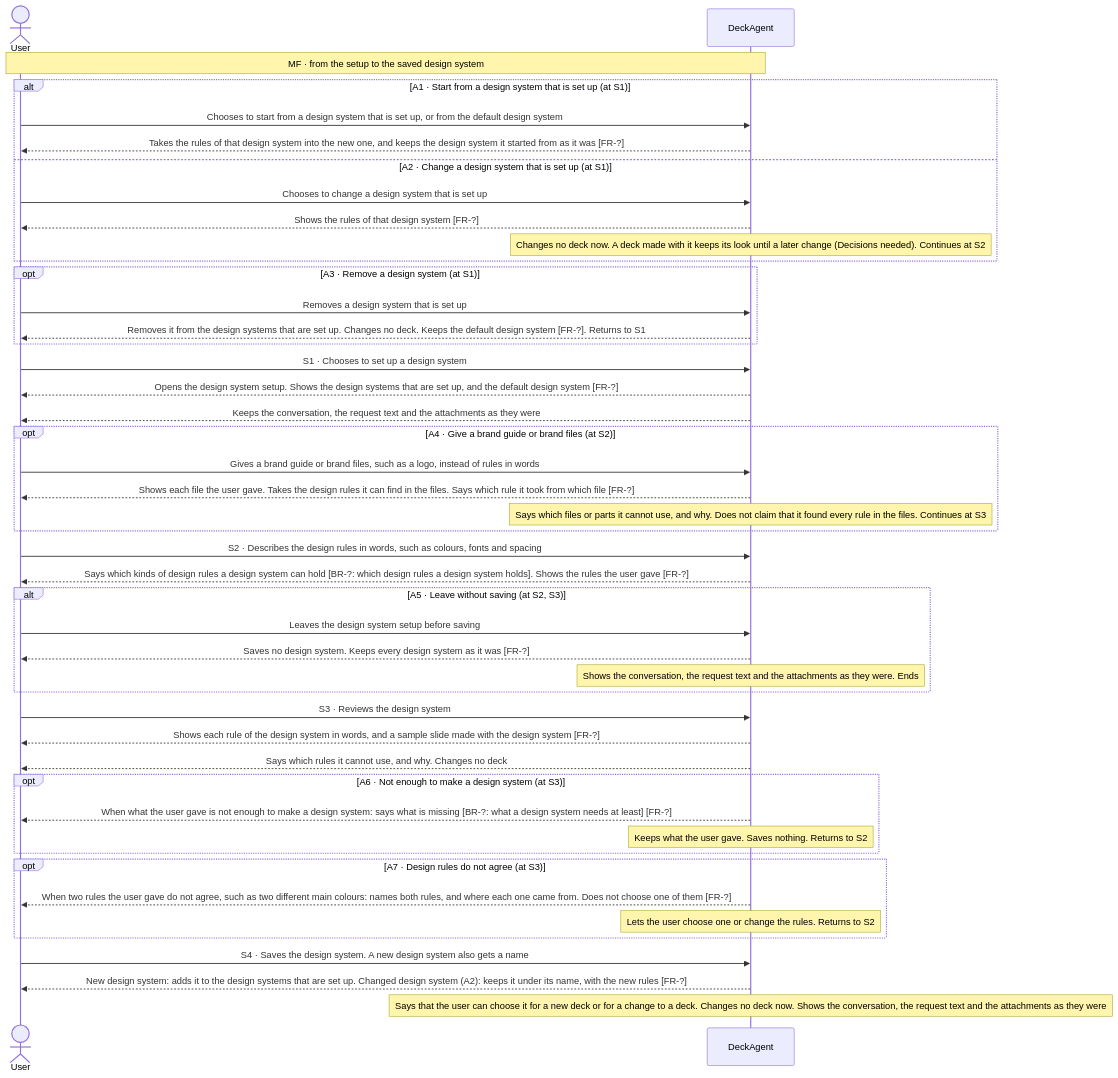
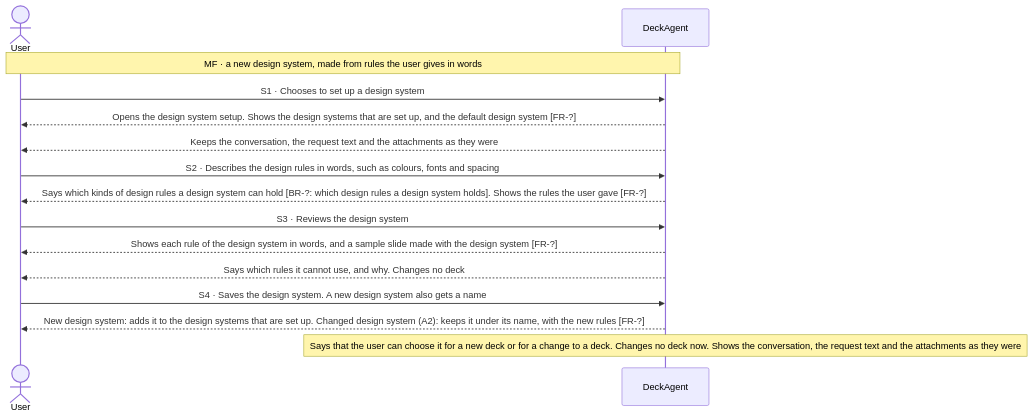
One commit to Luke23127006/DeckAgent changed the first of 8 diagrams in docs/spec/03-use-cases/UC-010.md. Above: the diagram before and after it, drawn with Mermaid. The commit also changed other lines of this file and 25 other files, not shown here.

Commit message:
docs(spec): restructure use cases with main flow first

````diff
--- a/docs/spec/03-use-cases/UC-010.md
+++ b/docs/spec/03-use-cases/UC-010.md
@@ -41,47 +41,17 @@
 ```mermaid
 sequenceDiagram
     actor User
     participant DeckAgent
-    Note over User,DeckAgent: MF · from the setup to the saved design system
-    alt A1 · Start from a design system that is set up (at S1)
-        User->>DeckAgent: Chooses to start from a design system that is set up, or from the default design system
-        DeckAgent-->>User: Takes the rules of that design system into the new one, and keeps the design system it started from as it was [FR-?]
-    else A2 · Change a design system that is set up (at S1)
-        User->>DeckAgent: Chooses to change a design system that is set up
-        DeckAgent-->>User: Shows the rules of that design system [FR-?]
-        note over DeckAgent: Changes no deck now. A deck made with it keeps its look until a later change (Decisions needed). Continues at S2
-    end
-    opt A3 · Remove a design system (at S1)
-        User->>DeckAgent: Removes a design system that is set up
-        DeckAgent-->>User: Removes it from the design systems that are set up. Changes no deck. Keeps the default design system [FR-?]. Returns to S1
-    end
+    Note over User,DeckAgent: MF · a new design system, made from rules the user gives in words
     User->>DeckAgent: S1 · Chooses to set up a design system
     DeckAgent-->>User: Opens the design system setup. Shows the design systems that are set up, and the default design system [FR-?]
     DeckAgent-->>User: Keeps the conversation, the request text and the attachments as they were
-    opt A4 · Give a brand guide or brand files (at S2)
-        User->>DeckAgent: Gives a brand guide or brand files, such as a logo, instead of rules in words
-        DeckAgent-->>User: Shows each file the user gave. Takes the design rules it can find in the files. Says which rule it took from which file [FR-?]
-        note over DeckAgent: Says which files or parts it cannot use, and why. Does not claim that it found every rule in the files. Continues at S3
-    end
     User->>DeckAgent: S2 · Describes the design rules in words, such as colours, fonts and spacing
     DeckAgent-->>User: Says which kinds of design rules a design system can hold [BR-?: which design rules a design system holds]. Shows the rules the user gave [FR-?]
-    alt A5 · Leave without saving (at S2, S3)
-        User->>DeckAgent: Leaves the design system setup before saving
-        DeckAgent-->>User: Saves no design system. Keeps every design system as it was [FR-?]
-        note over DeckAgent: Shows the conversation, the request text and the attachments as they were. Ends
-    end
     User->>DeckAgent: S3 · Reviews the design system
     DeckAgent-->>User: Shows each rule of the design system in words, and a sample slide made with the design system [FR-?]
     DeckAgent-->>User: Says which rules it cannot use, and why. Changes no deck
-    opt A6 · Not enough to make a design system (at S3)
-        DeckAgent-->>User: When what the user gave is not enough to make a design system: says what is missing [BR-?: what a design system needs at least] [FR-?]
-        note over DeckAgent: Keeps what the user gave. Saves nothing. Returns to S2
-    end
-    opt A7 · Design rules do not agree (at S3)
-        DeckAgent-->>User: When two rules the user gave do not agree, such as two different main colours: names both rules, and where each one came from. Does not choose one of them [FR-?]
-        note over DeckAgent: Lets the user choose one or change the rules. Returns to S2
-    end
     User->>DeckAgent: S4 · Saves the design system. A new design system also gets a name
     DeckAgent-->>User: New design system: adds it to the design systems that are set up. Changed design system (A2): keeps it under its name, with the new rules [FR-?]
     note over DeckAgent: Says that the user can choose it for a new deck or for a change to a deck. Changes no deck now. Shows the conversation, the request text and the attachments as they were
 ```
````
